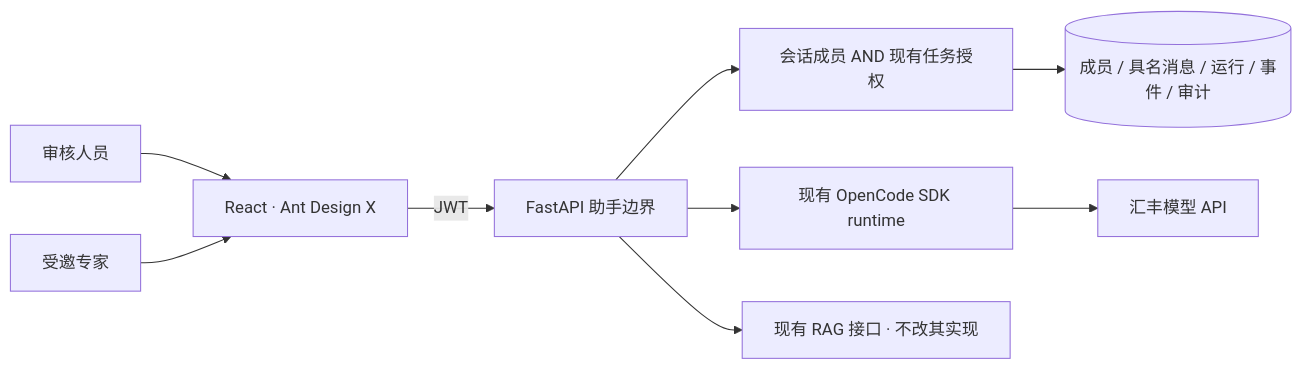
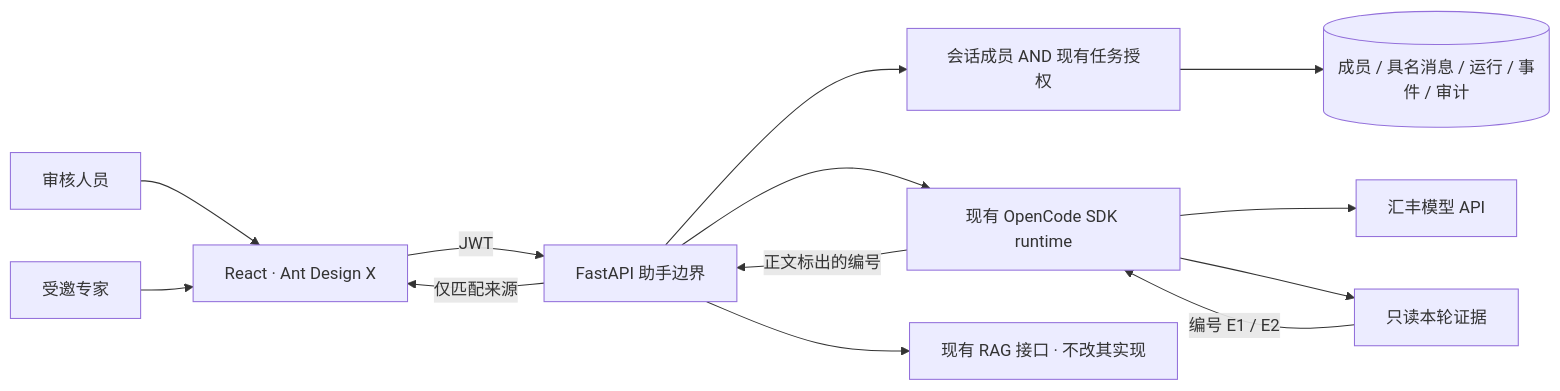
The first of 3 diagrams in docs/ai-assistant/持续优化实施规划.md (HBCN-AI-Campaign/HBCN-AI-Campaign-Team8), drawn with Mermaid before and after one commit. The commit also changed other lines of this file and 2 other files, not shown here.

````diff
--- a/docs/ai-assistant/持续优化实施规划.md
+++ b/docs/ai-assistant/持续优化实施规划.md
@@ -33,11 +40,15 @@
 ```mermaid
 flowchart LR
   A[审核人员] --> UI[React · Ant Design X]
   B[受邀专家] --> UI
   UI -->|JWT| API[FastAPI 助手边界]
   API --> ACL[会话成员 AND 现有任务授权]
   ACL --> DB[(成员 / 具名消息 / 运行 / 事件 / 审计)]
   API --> RT[现有 OpenCode SDK runtime]
   RT --> HSBC[汇丰模型 API]
+  RT --> TOOL[只读本轮证据]
+  TOOL -->|编号 E1 / E2| RT
+  RT -->|正文标出的编号| API
+  API -->|仅匹配来源| UI
   API --> RAG[现有 RAG 接口 · 不改其实现]
 ```
````
